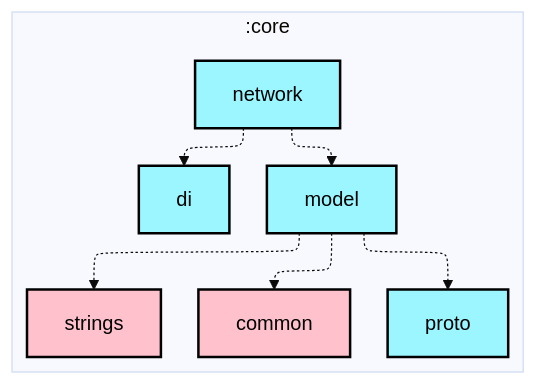
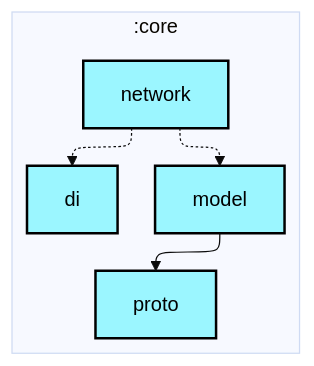
One commit to meshtastic/Meshtastic-Android changed the first of 2 diagrams in core/network/README.md. Above: the diagram before and after it, drawn with Mermaid (base theme). The commit also changed 11 other files, not shown here.

First line of the commit message:
chore: Scheduled updates (Firmware, Hardware, Translations, Graphs)

````diff
--- a/core/network/README.md
+++ b/core/network/README.md
@@ -6,34 +6,30 @@
 ```mermaid
 ---
 config:
   layout: elk
   elk:
     nodePlacementStrategy: SIMPLE
 ---
 graph TB
   subgraph :core
     direction TB
-    :core:common[common]:::kmp-library
     :core:di[di]:::android-library
     :core:model[model]:::android-library
     :core:network[network]:::android-library
     :core:proto[proto]:::android-library
-    :core:strings[strings]:::kmp-library
   end
 
-  :core:model -.-> :core:common
-  :core:model -.-> :core:proto
-  :core:model -.-> :core:strings
+  :core:model --> :core:proto
   :core:network -.-> :core:di
   :core:network -.-> :core:model
 
 classDef android-application fill:#CAFFBF,stroke:#000,stroke-width:2px,color:#000;
 classDef android-application-compose fill:#CAFFBF,stroke:#000,stroke-width:2px,color:#000;
 classDef android-feature fill:#FFD6A5,stroke:#000,stroke-width:2px,color:#000;
 classDef android-library fill:#9BF6FF,stroke:#000,stroke-width:2px,color:#000;
 classDef android-library-compose fill:#9BF6FF,stroke:#000,stroke-width:2px,color:#000;
 classDef android-test fill:#A0C4FF,stroke:#000,stroke-width:2px,color:#000;
 classDef jvm-library fill:#BDB2FF,stroke:#000,stroke-width:2px,color:#000;
 classDef kmp-library fill:#FFC1CC,stroke:#000,stroke-width:2px,color:#000;
 classDef unknown fill:#FFADAD,stroke:#000,stroke-width:2px,color:#000;
 ```
````
